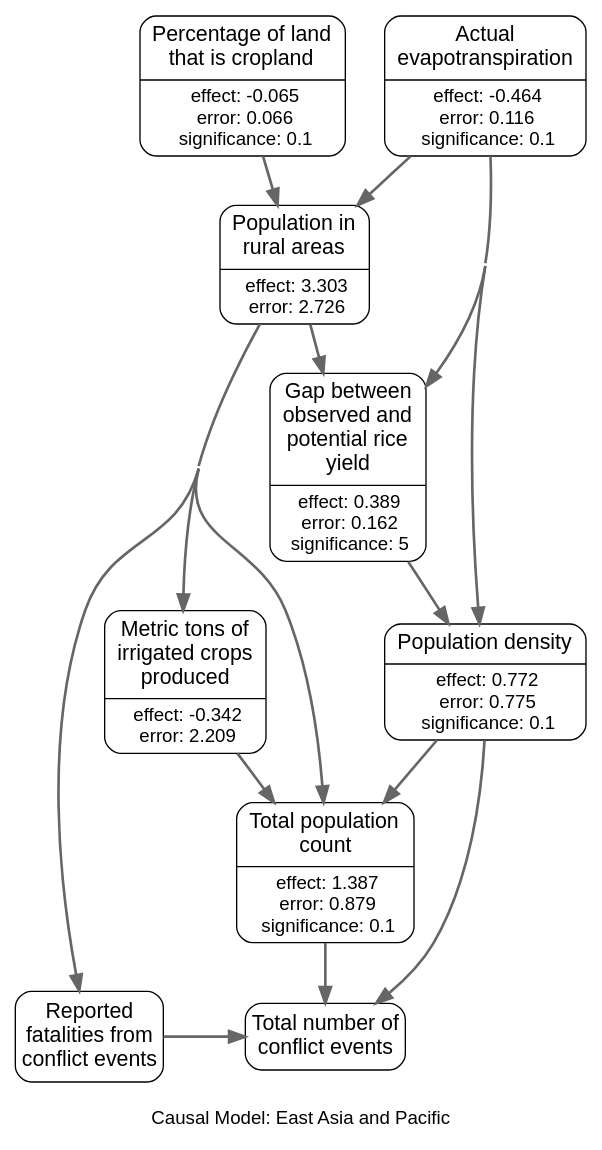
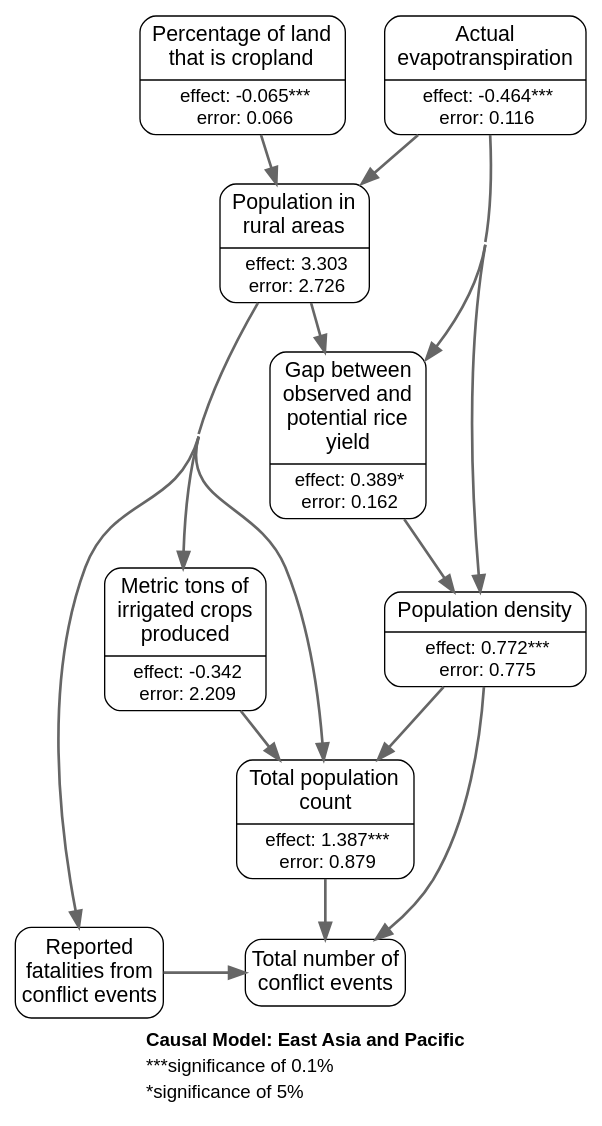
The diagram in app/javascript/images/regions/causal_graphs/east_asia_and_pacific.gv (wri/wri-wpsi), drawn with Graphviz before and after one commit. The commit also changed 14 other files, not shown here.

Commit message:
graph updates, add legend

```diff
--- a/app/javascript/images/regions/causal_graphs/east_asia_and_pacific.gv
+++ b/app/javascript/images/regions/causal_graphs/east_asia_and_pacific.gv
@@ -1,79 +1,73 @@
 # generated file for region: east_asia_and_pacific by CausalModelRegionGenerator
 strict digraph causalModel {
 fontname="Helvetica, Arial, sans-serif";
-label="
-Causal Model: East Asia and Pacific";
+label=<<TABLE BORDER="0" CELLBORDER="0" CELLSPACING="0"><TR><TD></TD></TR><TR><TD ALIGN="LEFT"><B>Causal Model: East Asia and Pacific</B></TD></TR><TR><TD ALIGN="LEFT">***significance of 0.1%</TD></TR><TR><TD ALIGN="LEFT">*significance of 5%</TD></TR></TABLE>>;
 labelloc = b;
 nodesep = 0.4;
 concentrate = true;
 node[shape = Mrecord, fontname = "Helvetica, Arial, sans-serif", margin = "0.10,0.06", penwidth = 1.0];
 edge[arrowsize = 1.2 penwidth = 2 color="#666666"];
 
 # nodes
 spam_P_i_sum_s [label = <{<table align="center" border="0" cellspacing="1" cellpadding="1">
 <tr><td><font point-size="16">Metric tons of<br/>irrigated crops<br/>produced<br/></font></td></tr>
 </table>
 |<table border="0" cellspacing="1" cellpadding="0.5"><tr><td><font point-size="14">effect: -0.342</font></td></tr>
 <tr><td><font point-size="14">error: 2.209</font></td></tr></table>}>, class = rankB];
 rurpop_s [label = <{<table align="center" border="0" cellspacing="1" cellpadding="1">
 <tr><td><font point-size="16">Population in<br/>rural areas<br/></font></td></tr>
 </table>
 |<table border="0" cellspacing="1" cellpadding="0.5"><tr><td><font point-size="14">effect: 3.303</font></td></tr>
 <tr><td><font point-size="14">error: 2.726</font></td></tr></table>}>, class = rankB];
 Cropland2000_mean_percent_s [label = <{<table align="center" border="0" cellspacing="1" cellpadding="1">
 <tr><td><font point-size="16">Percentage of land<br/>that is cropland<br/></font></td></tr>
 </table>
-|<table border="0" cellspacing="1" cellpadding="0.5"><tr><td><font point-size="14">effect: -0.065</font></td></tr>
-<tr><td><font point-size="14">error: 0.066</font></td></tr>
-<tr><td><font point-size="14">significance: 0.1</font></td></tr></table>}>, class = rankA];
+|<table border="0" cellspacing="1" cellpadding="0.5"><tr><td><font point-size="14">effect: -0.065***</font></td></tr>
+<tr><td><font point-size="14">error: 0.066</font></td></tr></table>}>, class = rankA];
 loccount_y [label = <{<table align="center" border="0" cellspacing="1" cellpadding="1">
 <tr><td><font point-size="16">Total population<br/>count<br/></font></td></tr>
 </table>
-|<table border="0" cellspacing="1" cellpadding="0.5"><tr><td><font point-size="14">effect: 1.387</font></td></tr>
-<tr><td><font point-size="14">error: 0.879</font></td></tr>
-<tr><td><font point-size="14">significance: 0.1</font></td></tr></table>}>, class = rankB];
+|<table border="0" cellspacing="1" cellpadding="0.5"><tr><td><font point-size="14">effect: 1.387***</font></td></tr>
+<tr><td><font point-size="14">error: 0.879</font></td></tr></table>}>, class = rankB];
 locdensity_y [label = <{<table align="center" border="0" cellspacing="1" cellpadding="1">
 <tr><td><font point-size="16">Population density</font></td></tr>
 </table>
-|<table border="0" cellspacing="1" cellpadding="0.5"><tr><td><font point-size="14">effect: 0.772</font></td></tr>
-<tr><td><font point-size="14">error: 0.775</font></td></tr>
-<tr><td><font point-size="14">significance: 0.1</font></td></tr></table>}>, class = rankB];
+|<table border="0" cellspacing="1" cellpadding="0.5"><tr><td><font point-size="14">effect: 0.772***</font></td></tr>
+<tr><td><font point-size="14">error: 0.775</font></td></tr></table>}>, class = rankB];
 yield_gap_rice_s [label = <{<table align="center" border="0" cellspacing="1" cellpadding="1">
 <tr><td><font point-size="16">Gap between<br/>observed and<br/>potential rice<br/>yield<br/></font></td></tr>
 </table>
-|<table border="0" cellspacing="1" cellpadding="0.5"><tr><td><font point-size="14">effect: 0.389</font></td></tr>
-<tr><td><font point-size="14">error: 0.162</font></td></tr>
-<tr><td><font point-size="14">significance: 5</font></td></tr></table>}>, class = rankB];
+|<table border="0" cellspacing="1" cellpadding="0.5"><tr><td><font point-size="14">effect: 0.389*</font></td></tr>
+<tr><td><font point-size="14">error: 0.162</font></td></tr></table>}>, class = rankB];
 et_actl_m_MIN_m [label = <{<table align="center" border="0" cellspacing="1" cellpadding="1">
 <tr><td><font point-size="16">Actual<br/>evapotranspiration<br/></font></td></tr>
 </table>
-|<table border="0" cellspacing="1" cellpadding="0.5"><tr><td><font point-size="14">effect: -0.464</font></td></tr>
-<tr><td><font point-size="14">error: 0.116</font></td></tr>
-<tr><td><font point-size="14">significance: 0.1</font></td></tr></table>}>, class = rankA];
+|<table border="0" cellspacing="1" cellpadding="0.5"><tr><td><font point-size="14">effect: -0.464***</font></td></tr>
+<tr><td><font point-size="14">error: 0.116</font></td></tr></table>}>, class = rankA];
 acl_sum_evnt_m [label = "Total number of
 conflict events" class = rankC shape=box style=rounded fontsize="16pt" margin = "0.05,0.10"];
 acl_sum_fatl_m [label = "Reported
 fatalities from
 conflict events" class = rankC shape=box style=rounded fontsize="16pt" margin = "0.05,0.10"];
 
 #ranks
 {rank=same; Cropland2000_mean_percent_s et_actl_m_MIN_m; }
 {rank=same; acl_sum_evnt_m acl_sum_fatl_m; }
 
 # links
 spam_P_i_sum_s -> loccount_y ;
 rurpop_s -> spam_P_i_sum_s ;
 rurpop_s -> loccount_y ;
 rurpop_s -> yield_gap_rice_s ;
 rurpop_s -> acl_sum_fatl_m ;
 Cropland2000_mean_percent_s -> rurpop_s ;
 loccount_y -> acl_sum_evnt_m ;
 locdensity_y -> loccount_y ;
 locdensity_y -> acl_sum_evnt_m ;
 yield_gap_rice_s -> locdensity_y ;
 et_actl_m_MIN_m -> rurpop_s ;
 et_actl_m_MIN_m -> locdensity_y ;
 et_actl_m_MIN_m -> yield_gap_rice_s ;
 acl_sum_fatl_m -> acl_sum_evnt_m ;
 
 }
```
